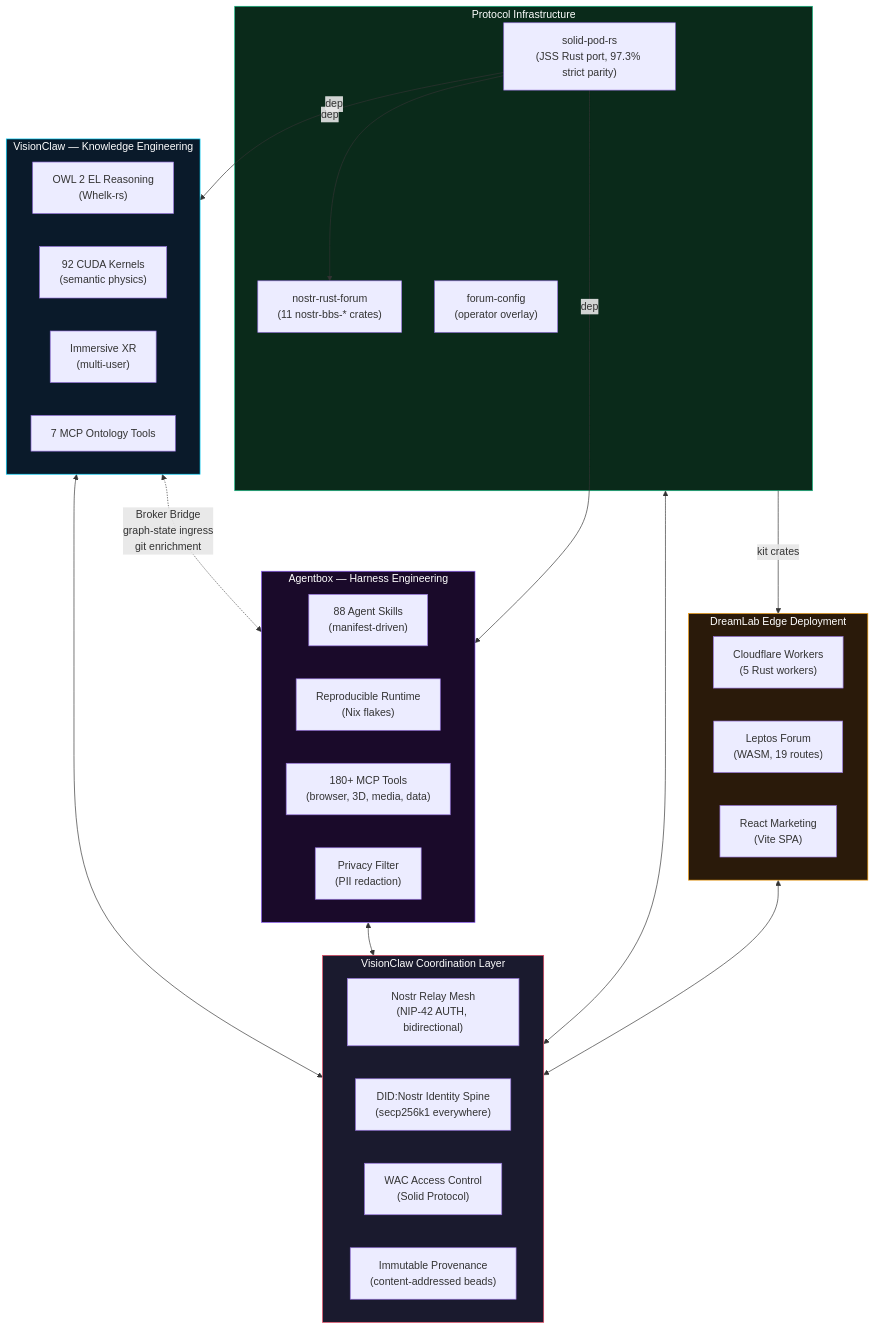
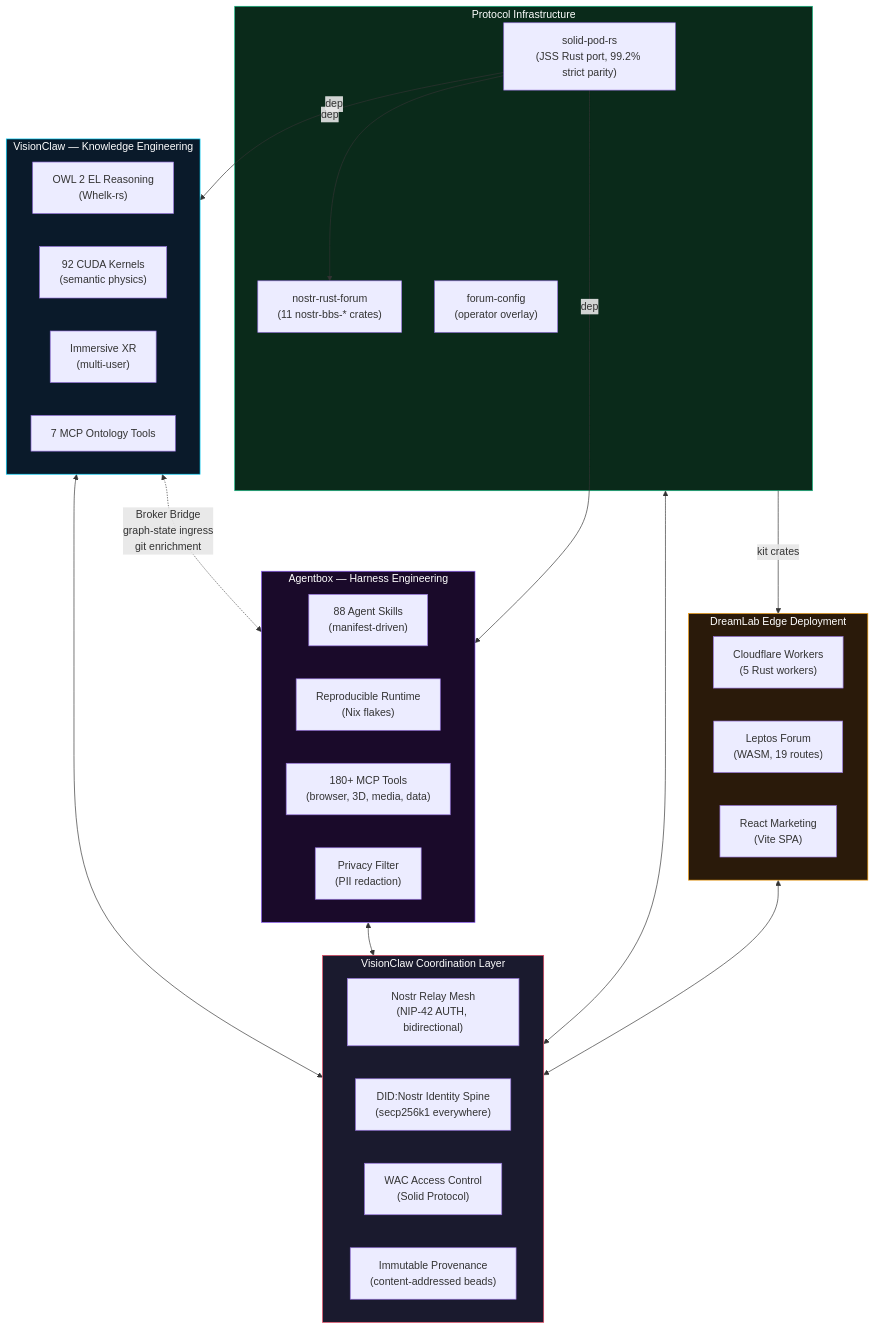
One commit to DreamLab-AI/VisionClaw changed the first of 3 diagrams in docs/explanation/visionflow-coordination-platform.md. Above: the diagram before and after it, drawn with Mermaid. The commit also changed other lines of this file and 1 other file, not shown here.

Commit message:
docs: parity figure 99.2% strict over 264 rows (VisionFlow ADR-2018/2019)

````diff
--- a/docs/explanation/visionflow-coordination-platform.md
+++ b/docs/explanation/visionflow-coordination-platform.md
@@ -20,53 +20,53 @@
 ```mermaid
 flowchart TB
     subgraph VF["VisionClaw Coordination Layer"]
         direction LR
         MESH["Nostr Relay Mesh\n(NIP-42 AUTH, bidirectional)"]
         DID["DID:Nostr Identity Spine\n(secp256k1 everywhere)"]
         WAC["WAC Access Control\n(Solid Protocol)"]
         PROV["Immutable Provenance\n(content-addressed beads)"]
     end
 
     subgraph VC["VisionClaw — Knowledge Engineering"]
         OWL["OWL 2 EL Reasoning\n(Whelk-rs)"]
         GPU["92 CUDA Kernels\n(semantic physics)"]
         XR["Immersive XR\n(multi-user)"]
         MCP_VC["7 MCP Ontology Tools"]
     end
 
     subgraph AB["Agentbox — Harness Engineering"]
         AGENTS["88 Agent Skills\n(manifest-driven)"]
         NIX["Reproducible Runtime\n(Nix flakes)"]
         TOOLS["180+ MCP Tools\n(browser, 3D, media, data)"]
         PRIV["Privacy Filter\n(PII redaction)"]
     end
 
     subgraph PROTO["Protocol Infrastructure"]
-        SPR["solid-pod-rs\n(JSS Rust port, 97.3% strict parity)"]
+        SPR["solid-pod-rs\n(JSS Rust port, 99.2% strict parity)"]
         NRF["nostr-rust-forum\n(11 nostr-bbs-* crates)"]
         FC["forum-config\n(operator overlay)"]
     end
 
     subgraph EDGE["DreamLab Edge Deployment"]
         CF["Cloudflare Workers\n(5 Rust workers)"]
         FORUM["Leptos Forum\n(WASM, 19 routes)"]
         SITE["React Marketing\n(Vite SPA)"]
     end
 
     VC <--> VF
     AB <--> VF
     PROTO <--> VF
     EDGE <--> VF
 
     VC <-.->|"Broker Bridge\ngraph-state ingress\ngit enrichment"| AB
     PROTO -->|"kit crates"| EDGE
     SPR -->|"dep"| NRF
     SPR -->|"dep"| AB
     SPR -->|"dep"| VC
 
     style VF fill:#1a1a2e,stroke:#e94560,color:#fff
     style VC fill:#0a1a2a,stroke:#00d4ff,color:#fff
     style AB fill:#1a0a2a,stroke:#8b5cf6,color:#fff
     style PROTO fill:#0a2a1a,stroke:#10b981,color:#fff
     style EDGE fill:#2a1a0a,stroke:#f59e0b,color:#fff
 ```
````
